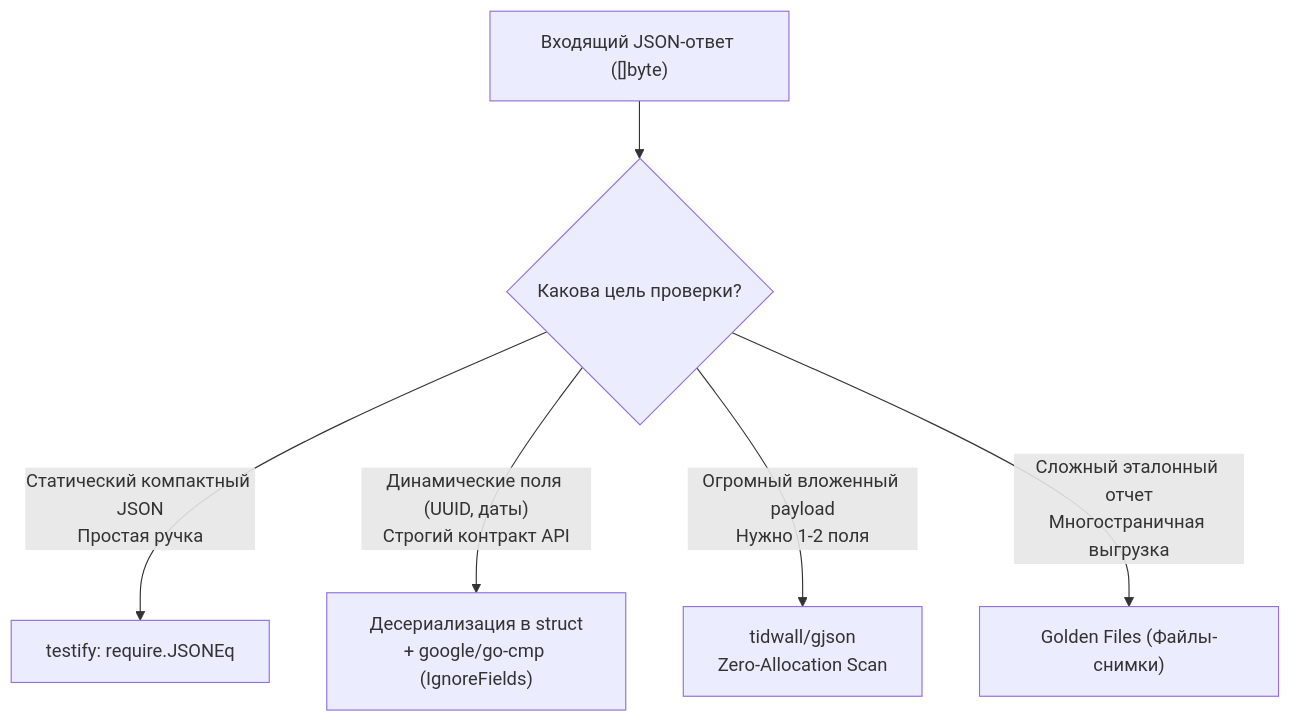
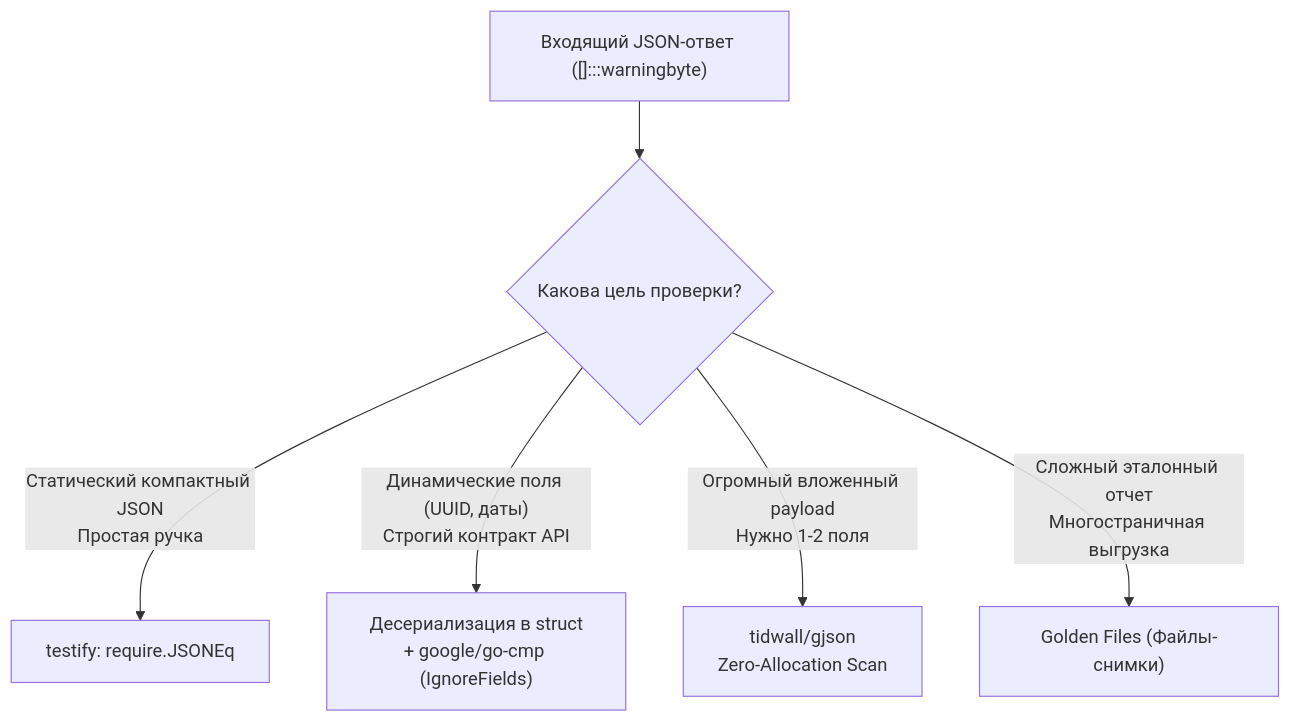
Before and after one commit to UnrealTemplier/go-textbook: the diagram in sources/15. Тестирование в Go (QA & Testing)/06. HTTP и API тестирование/6. Проверка JSON структур.md, drawn with Mermaid. The commit also changed 1666 other files, not shown here.

First line of the commit message:
feat(mermaid): add semantic color classDef to 1369 colorless flowchart/graph diagrams

````diff
--- a/sources/15. Тестирование в Go (QA & Testing)/06. HTTP и API тестирование/6. Проверка JSON структур.md
+++ b/sources/15. Тестирование в Go (QA & Testing)/06. HTTP и API тестирование/6. Проверка JSON структур.md
@@ -177,9 +177,19 @@
 ```mermaid
 flowchart TD
-    In["Входящий JSON-ответ ([]byte)"] --> Router{"Какова цель проверки?"}
+    classDef process  fill:#1e293b,stroke:#38bdf8,stroke-width:1px,color:#f8fafc
+    classDef success  fill:#064e3b,stroke:#34d399,stroke-width:1px,color:#f8fafc
+    classDef error    fill:#7f1d1d,stroke:#f87171,stroke-width:1px,color:#f8fafc
+    classDef warning  fill:#78350f,stroke:#fbbf24,stroke-width:1px,color:#f8fafc
+    classDef entry    fill:#1e3a5f,stroke:#38bdf8,stroke-width:2px,color:#f8fafc
+    classDef aux      fill:#334155,stroke:#64748b,stroke-width:1px,color:#f8fafc
+    classDef system   fill:#312e81,stroke:#a78bfa,stroke-width:1px,color:#f8fafc
+    classDef data     fill:#132d29,stroke:#2dd4bf,stroke-width:1px,color:#f8fafc
+    classDef network  fill:#881337,stroke:#fb7185,stroke-width:1px,color:#f8fafc
+    classDef accent   fill:#1e1b4b,stroke:#818cf8,stroke-width:1px,color:#f8fafc
+    In["Входящий JSON-ответ ([]:::warningbyte)"] --> Router{"Какова цель проверки?"}
     
     Router -->|"Статический компактный JSON<br>Простая ручка"| Simple["testify: require.JSONEq"]
     Router -->|"Динамические поля (UUID, даты)<br>Строгий контракт API"| Schema["Десериализация в struct<br>+ google/go-cmp (IgnoreFields)"]
     Router -->|"Огромный вложенный payload<br>Нужно 1-2 поля"| Stream["tidwall/gjson<br>Zero-Allocation Scan"]
     Router -->|"Сложный эталонный отчет<br>Многостраничная выгрузка"| Snapshot["Golden Files (Файлы-снимки)"]
 ```
````
